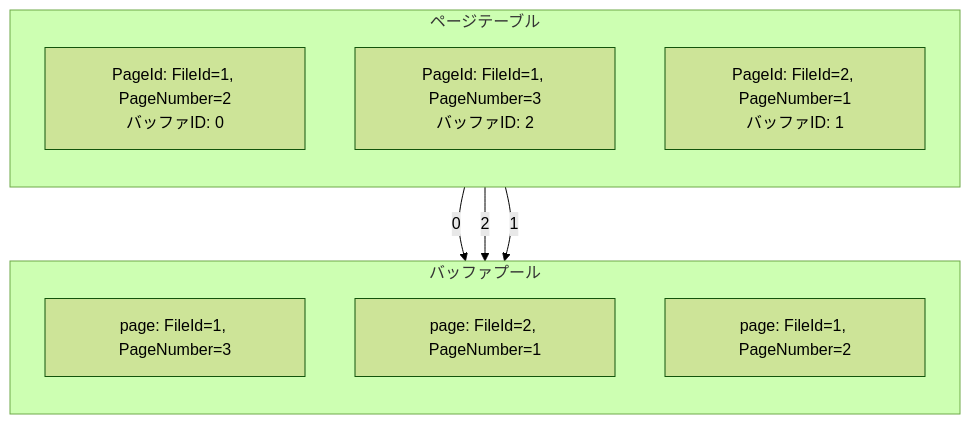
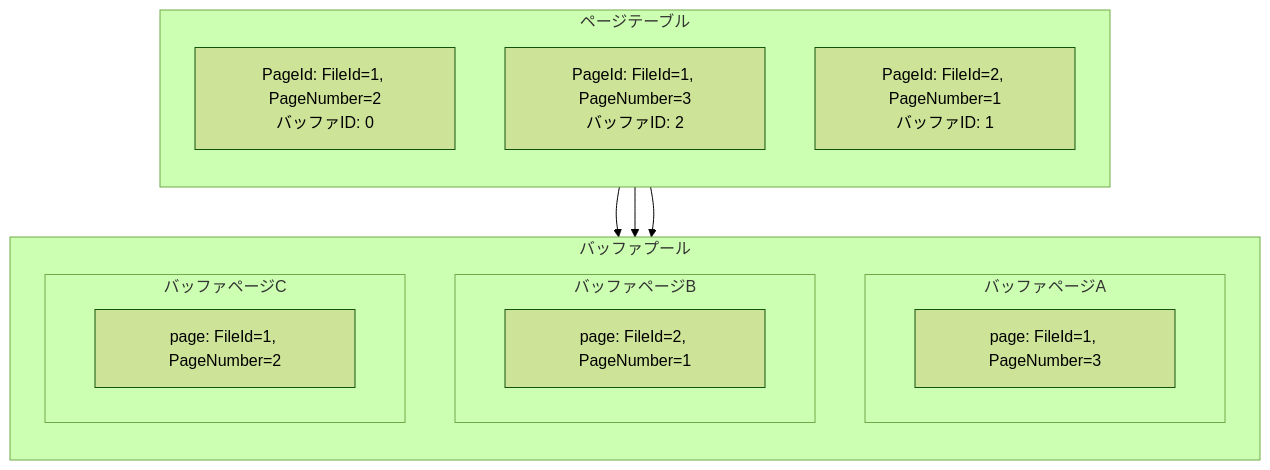
The first of 2 diagrams in docs/architecture/bufferpool.md (ren-yamanashi/minesql), drawn with Mermaid (forest theme) before and after one commit. The commit also changed other lines of this file and 12 other files, not shown here.

````diff
--- a/docs/architecture/bufferpool.md
+++ b/docs/architecture/bufferpool.md
@@ -11,20 +12,26 @@
 ```mermaid
 graph TD
   subgraph pageTable[ページテーブル]
     direction TB
     PT1[PageId: FileId=1, PageNumber=2<br>バッファID: 0]
     PT2[PageId: FileId=1, PageNumber=3<br>バッファID: 2]
     PT3[PageId: FileId=2, PageNumber=1<br>バッファID: 1]
     end
 
   subgraph bufferPool[バッファプール]
     direction TB
-    P1[page: FileId=1, PageNumber=3]
-    P2[page: FileId=2, PageNumber=1]
-    P3[page: FileId=1, PageNumber=2]
+    subgraph bufferPageA[バッファページA]
+      P1[page: FileId=1, PageNumber=3]
+    end
+    subgraph bufferPageB[バッファページB]
+      P2[page: FileId=2, PageNumber=1]
+    end
+    subgraph bufferPageC[バッファページC]
+      P3[page: FileId=1, PageNumber=2]
+    end
   end
 
-  PT2 --0--> P1
-  PT1 --2--> P3
-  PT3 --1--> P2
+  PT2 --> bufferPageA
+  PT1 --> bufferPageC
+  PT3 --> bufferPageB
 ```
````
